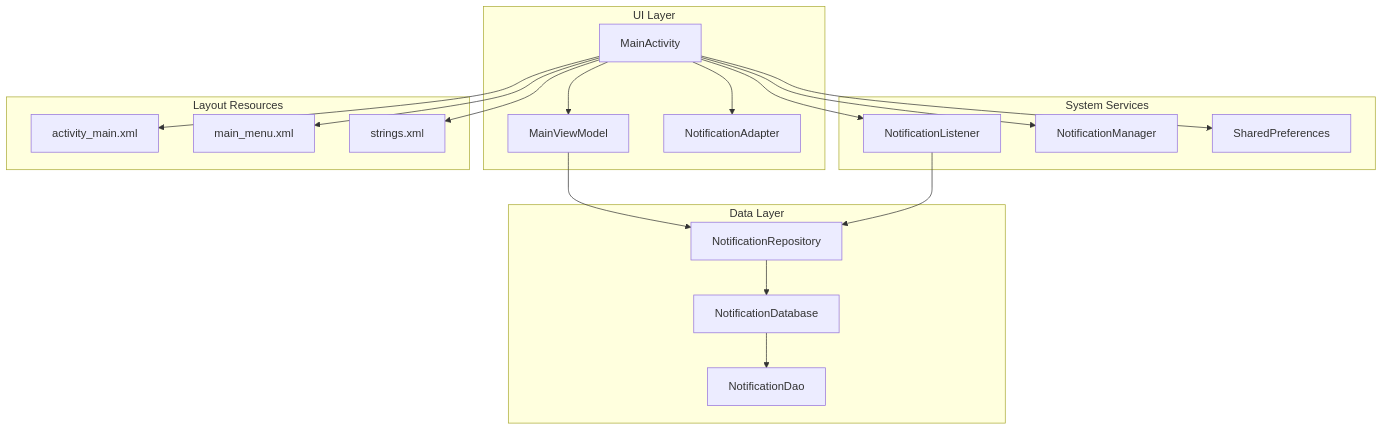
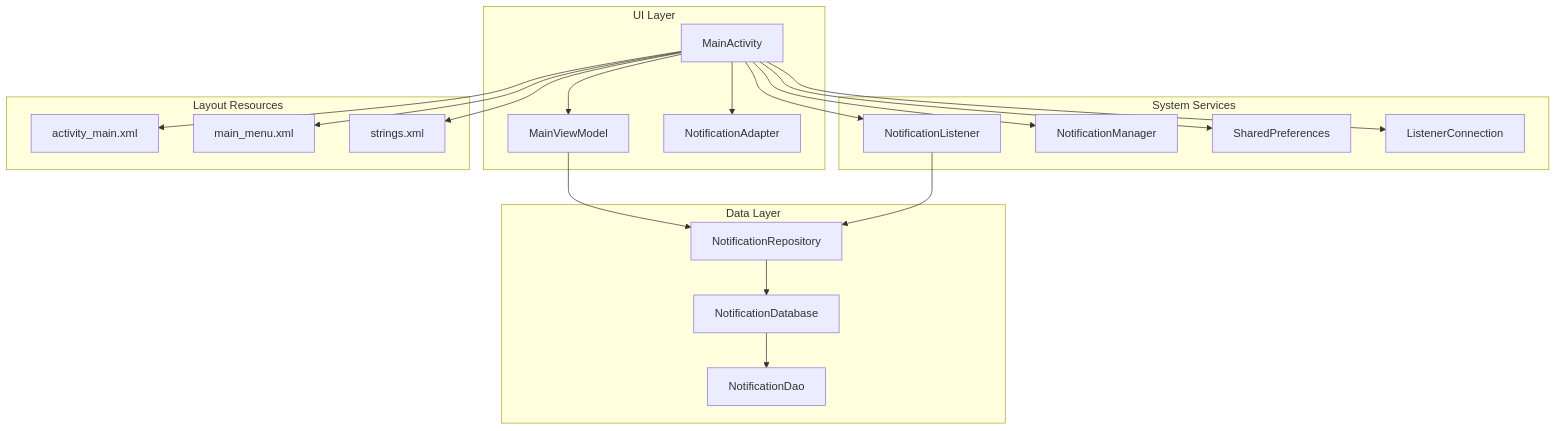
Before and after one commit to caldefoc/NotificationLog: the first of 10 diagrams in .qoder/repowiki/en/content/User Interface/Main Activity Interface.md, drawn with Mermaid. The commit also changed other lines of this file and 13 other files, not shown here.

````diff
--- a/.qoder/repowiki/en/content/User Interface/Main Activity Interface.md
+++ b/.qoder/repowiki/en/content/User Interface/Main Activity Interface.md
@@ -37,35 +49,37 @@
 ```mermaid
 graph TB
 subgraph "UI Layer"
 MA[MainActivity]
 VM[MainViewModel]
 NA[NotificationAdapter]
 end
 subgraph "Data Layer"
 NR[NotificationRepository]
 ND[NotificationDatabase]
 DAO[NotificationDao]
 end
 subgraph "System Services"
 NL[NotificationListener]
 NM[NotificationManager]
 SH[SharedPreferences]
+LC[ListenerConnection]
 end
 subgraph "Layout Resources"
 AM[activity_main.xml]
 MM[main_menu.xml]
 STR[strings.xml]
 end
 MA --> VM
 MA --> NA
 VM --> NR
 NR --> ND
 ND --> DAO
 MA --> NL
 NL --> NR
 MA --> NM
 MA --> SH
+MA --> LC
 MA --> AM
 MA --> MM
 MA --> STR
 ```
````
